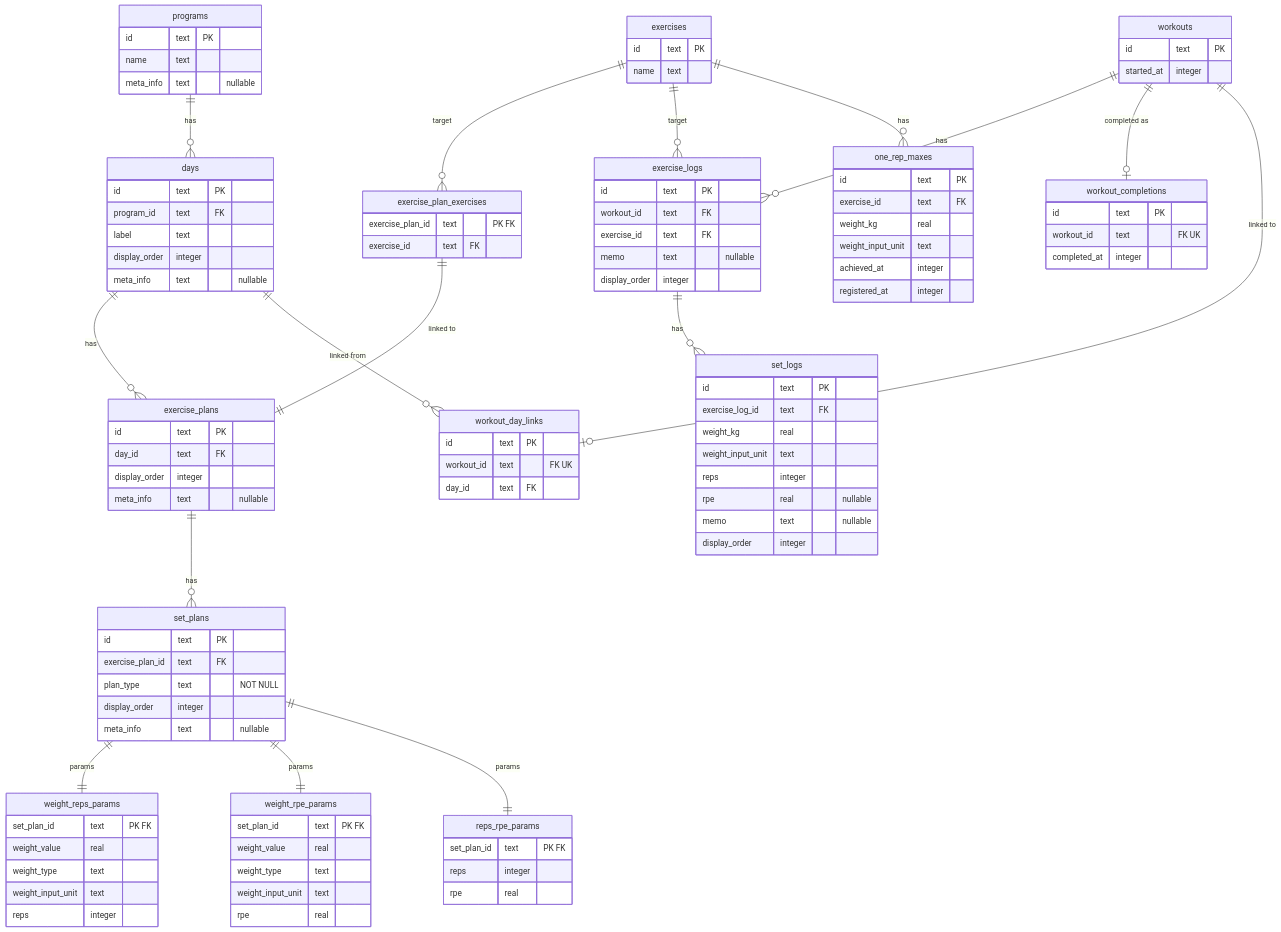
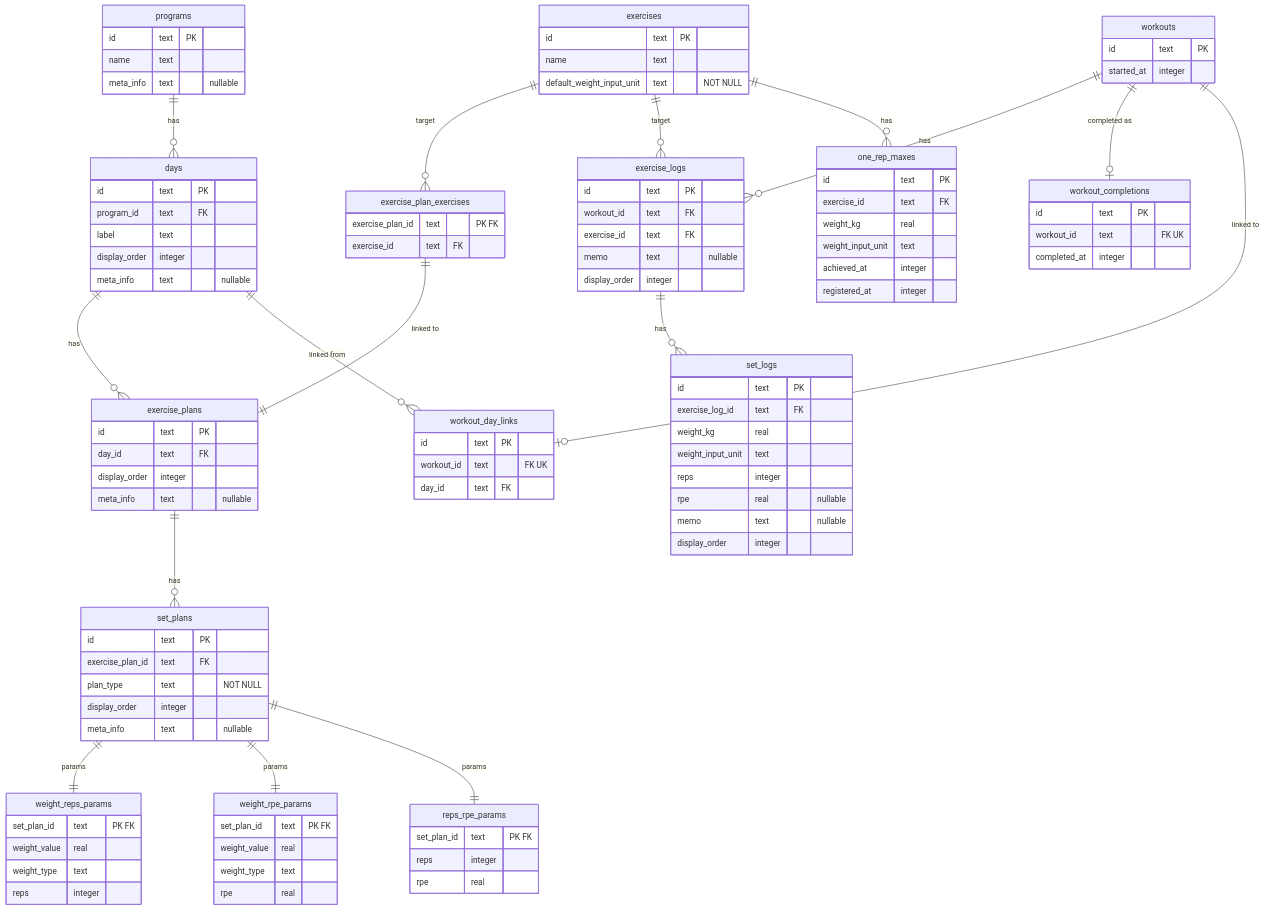
Before and after one commit to gn-t-k/next-lift: the diagram in docs/project/erd-design/schema.md, drawn with Mermaid. The commit also changed other lines of this file and 5 other files, not shown here.

First line of the commit message:
docs(erd): ADR-027の3層分離方針をERDドキュメントに反映

```diff
--- a/docs/project/erd-design/schema.md
+++ b/docs/project/erd-design/schema.md
@@ -53,14 +53,12 @@
         set_plan_id text "PK FK"
         weight_value real
         weight_type text
-        weight_input_unit text
         reps integer
     }
     weight_rpe_params {
         set_plan_id text "PK FK"
         weight_value real
         weight_type text
-        weight_input_unit text
         rpe real
     }
     reps_rpe_params {
@@ -71,6 +69,7 @@
     exercises {
         id text PK
         name text
+        default_weight_input_unit text "NOT NULL"
     }
     one_rep_maxes {
         id text PK
```
